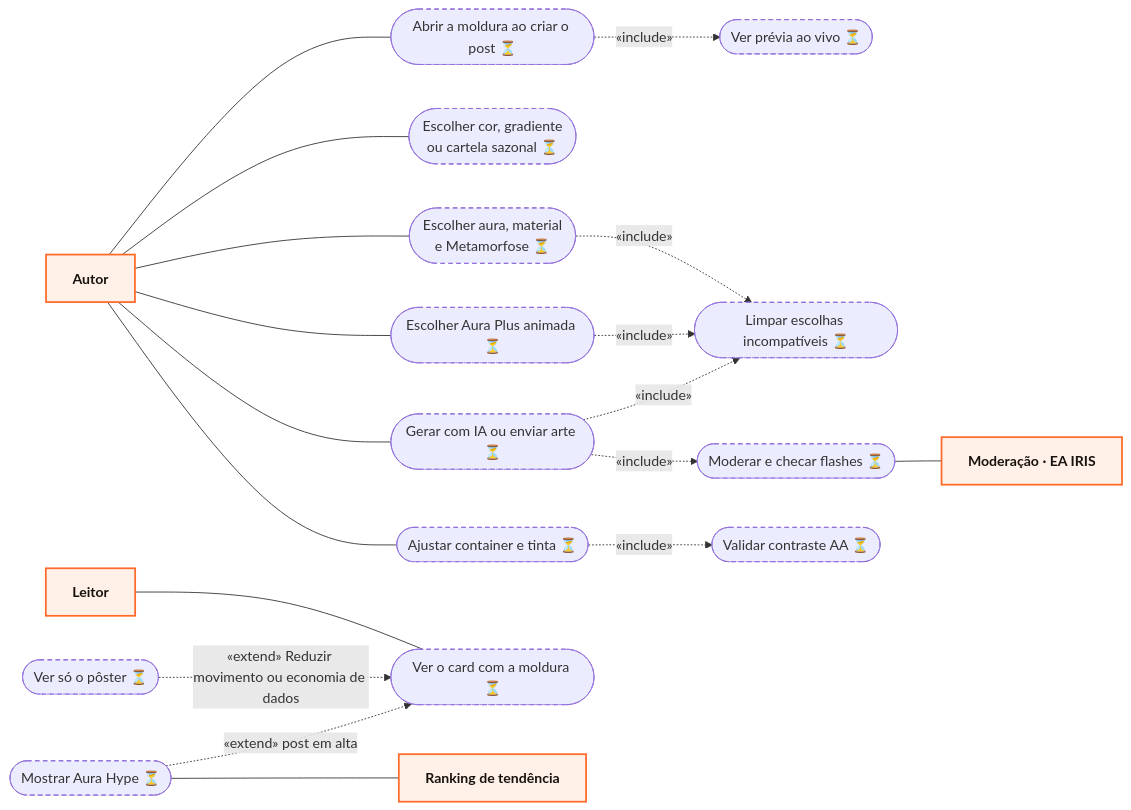
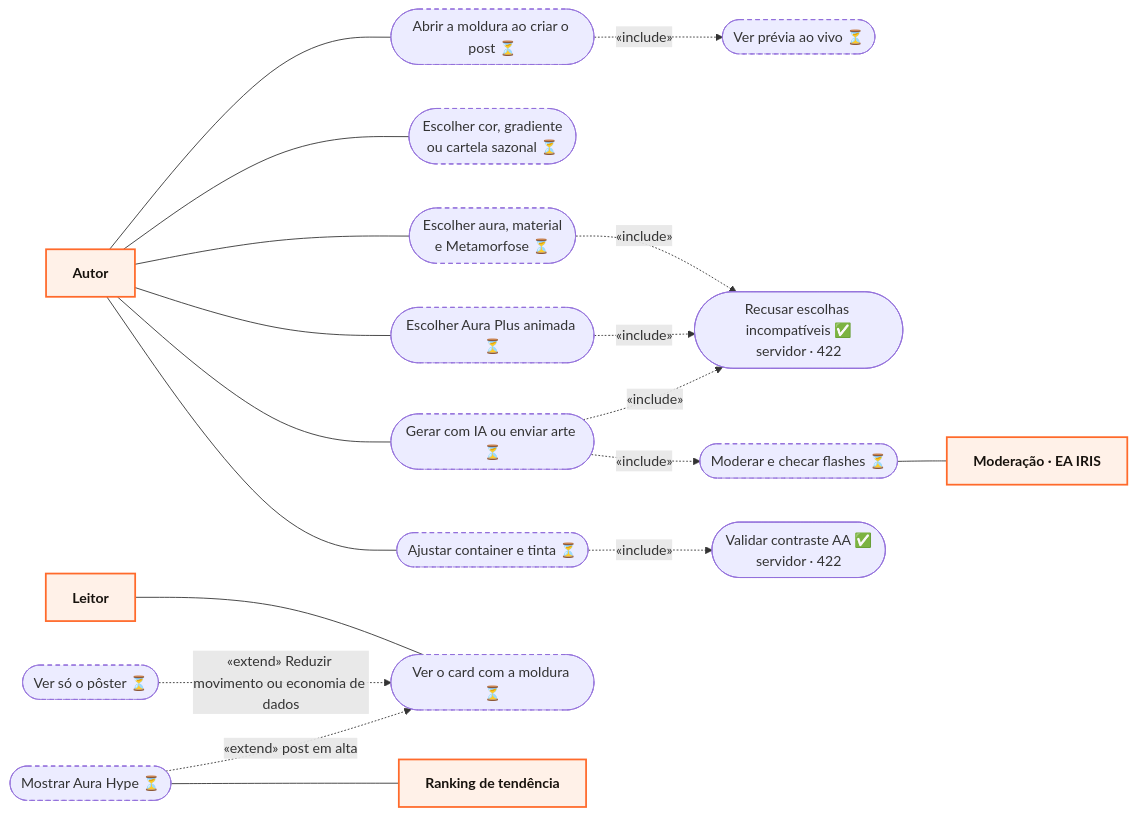
The sixth of 7 diagrams in docs/DIAGRAMA_CASOS_DE_USO.md (MatheusHaliski/orange_social_velion), drawn with Mermaid before and after one commit. The commit also changed other lines of this file and 36 other files, not shown here.

````diff
--- a/docs/DIAGRAMA_CASOS_DE_USO.md
+++ b/docs/DIAGRAMA_CASOS_DE_USO.md
@@ -238,38 +238,38 @@
 ```mermaid
 flowchart LR
     AUT["Autor"]:::actor
     LEI["Leitor"]:::actor
 
     ABRIR(["Abrir a moldura ao criar o post ⏳"]):::planned
     COR(["Escolher cor, gradiente<br/>ou cartela sazonal ⏳"]):::planned
     AURA(["Escolher aura, material<br/>e Metamorfose ⏳"]):::planned
     PLUS(["Escolher Aura Plus animada ⏳"]):::planned
     PROPRIA(["Gerar com IA ou enviar arte ⏳"]):::planned
     CONT(["Ajustar container e tinta ⏳"]):::planned
     VER(["Ver o card com a moldura ⏳"]):::planned
     PREV(["Ver prévia ao vivo ⏳"]):::planned
-    LIMPA(["Limpar escolhas incompatíveis ⏳"]):::planned
-    CONTR(["Validar contraste AA ⏳"]):::planned
+    LIMPA(["Recusar escolhas incompatíveis ✅<br/>servidor · 422"])
+    CONTR(["Validar contraste AA ✅<br/>servidor · 422"])
     POSTER(["Ver só o pôster ⏳"]):::planned
     HYPE(["Mostrar Aura Hype ⏳"]):::planned
     MODR(["Moderar e checar flashes ⏳"]):::planned
 
     MOD["Moderação · EA IRIS"]:::actor
     RANK["Ranking de tendência"]:::actor
 
     AUT --- ABRIR & COR & AURA & PLUS & PROPRIA & CONT
     LEI --- VER
     ABRIR -. «include» .-> PREV
     AURA -. «include» .-> LIMPA
     PLUS -. «include» .-> LIMPA
     PROPRIA -. «include» .-> LIMPA
     CONT -. «include» .-> CONTR
     PROPRIA -. «include» .-> MODR
     POSTER -. «extend» Reduzir movimento ou economia de dados .-> VER
     HYPE -. «extend» post em alta .-> VER
     MODR --- MOD
     HYPE --- RANK
 
     classDef actor fill:#FFF1E8,stroke:#FF6A2B,stroke-width:2px,color:#17120D,font-weight:bold
     classDef planned stroke-dasharray:5 4
 ```
````
